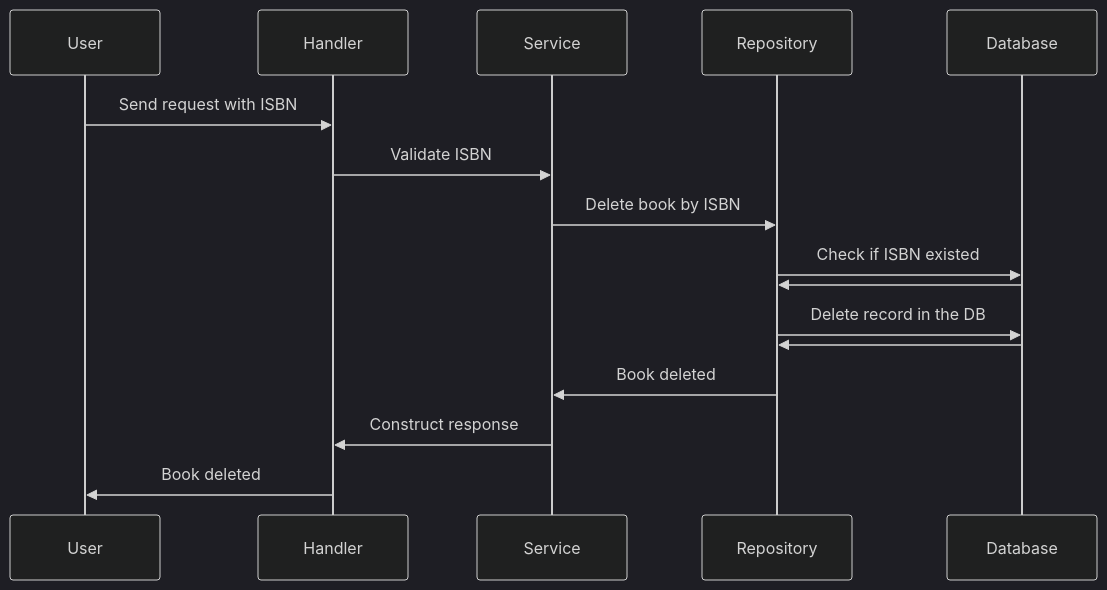
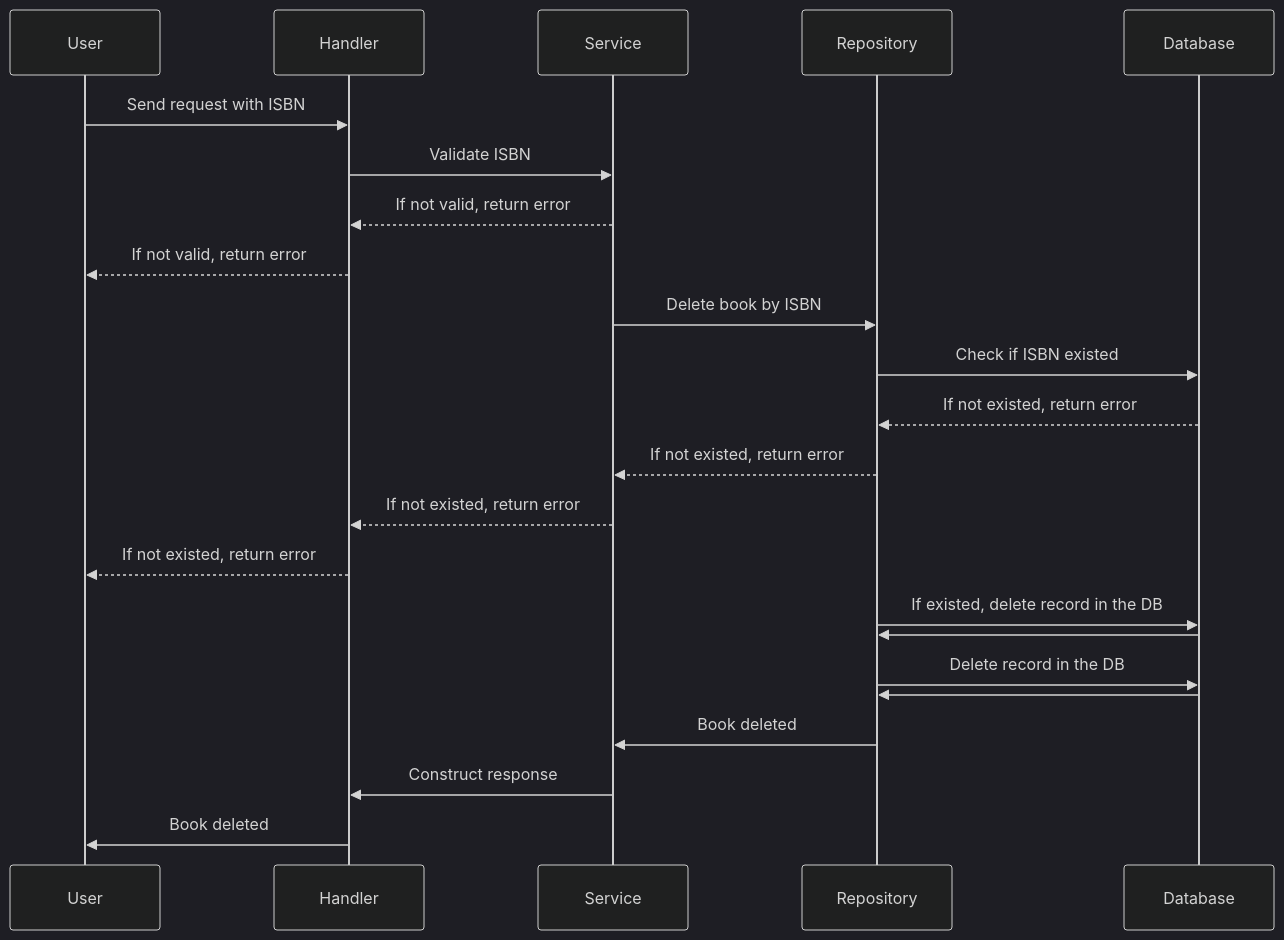
Before and after one commit to liberocks/isbn: the fifth of 5 diagrams in README.md, drawn with Mermaid (dark theme).

Commit message:
add endpoint documentation (5)

````diff
--- a/README.md
+++ b/README.md
@@ -198,15 +198,22 @@
 ```mermaid
 sequenceDiagram
     accTitle: Delete a book by ISBN
 
     User->>Handler: Send request with ISBN
     Handler->>Service: Validate ISBN
+    Service-->>Handler: If not valid, return error
+    Handler-->>User: If not valid, return error
     Service->>Repository: Delete book by ISBN
     Repository->>Database: Check if ISBN existed
+    Database-->>Repository: If not existed, return error
+    Repository-->>Service: If not existed, return error
+    Service-->>Handler: If not existed, return error
+    Handler-->>User: If not existed, return error
+    Repository->>Database: If existed, delete record in the DB
     Database->>Repository: 
     Repository->>Database: Delete record in the DB
     Database->>Repository: 
     Repository->>Service: Book deleted
     Service->>Handler: Construct response
     Handler->>User: Book deleted
 ```
````
